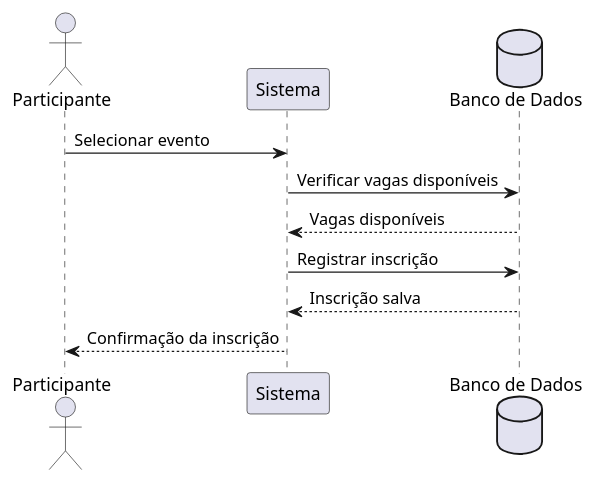
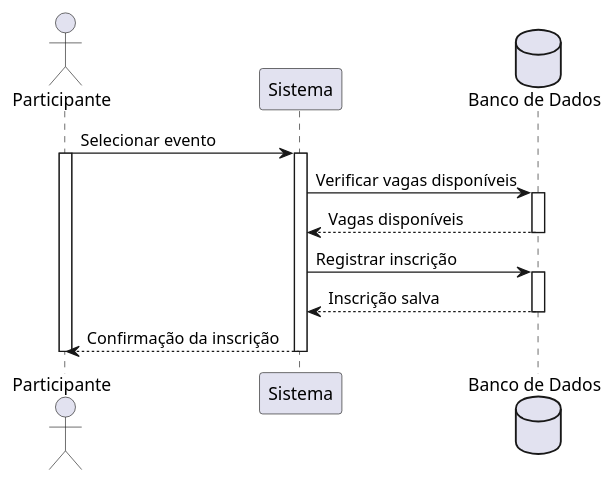
Before and after one commit to mthsz-dm/Conecta-Eventos: the diagram in PlantUML/Diagrama de sequencia do sistema/Diagrama-de-sequencia-UC-04.plantuml, drawn with PlantUML. The commit also changed 11 other files, not shown here.

Commit message:
Modificação nos diagramas de sequencia

```diff
--- a/PlantUML/Diagrama de sequencia do sistema/Diagrama-de-sequencia-UC-04.plantuml
+++ b/PlantUML/Diagrama de sequencia do sistema/Diagrama-de-sequencia-UC-04.plantuml
@@ -1,17 +1,23 @@
 @startuml
+
+autoactivate on
 
 actor Participante
 
 participant "Sistema" as Sistema
 database "Banco de Dados" as BD
 
 Participante -> Sistema : Selecionar evento
+activate Participante
+
 Sistema -> BD : Verificar vagas disponíveis
+
 BD --> Sistema : Vagas disponíveis
 
 Sistema -> BD : Registrar inscrição
+
 BD --> Sistema : Inscrição salva
 
 Sistema --> Participante : Confirmação da inscrição
-
+deactivate Participante
 @enduml
```
